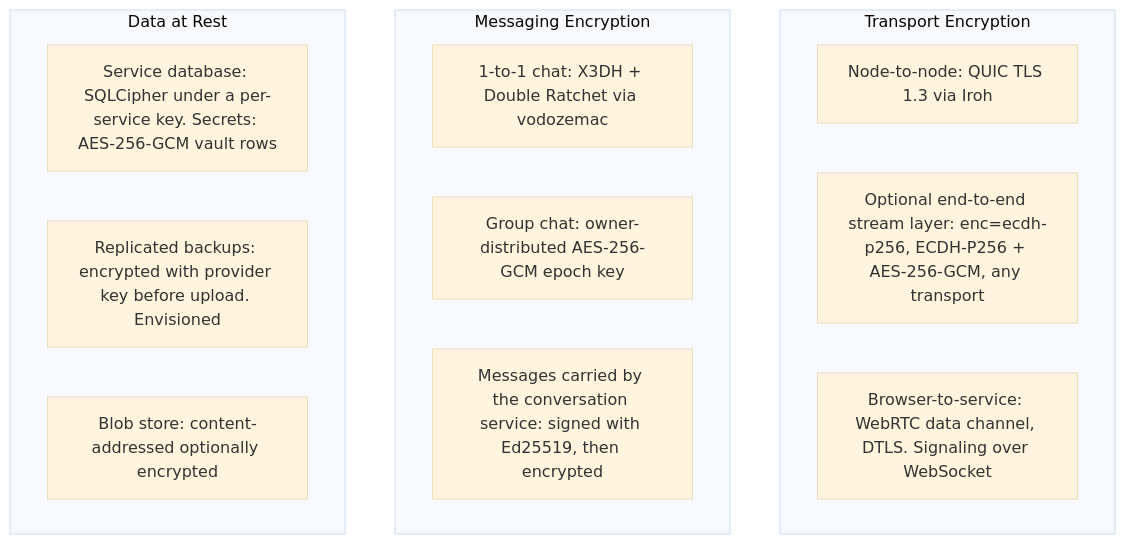
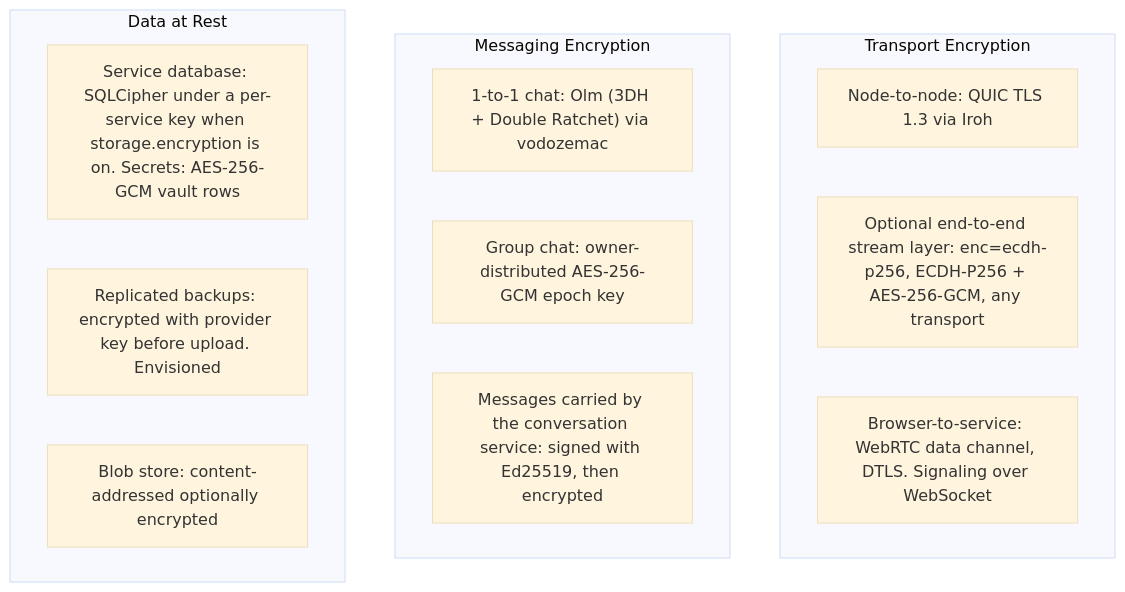
Before and after one commit to syneroym/syneroym: diagram 22 of 23 in docs/system-architecture.md, drawn with Mermaid (base theme). The commit also changed other lines of this file and 3 other files, not shown here.

First line of the commit message:
docs(architecture): fix stage 2 findings S5

````diff
--- a/docs/system-architecture.md
+++ b/docs/system-architecture.md
@@ -1541,20 +1542,20 @@
 ```mermaid
 flowchart TD
     subgraph TRANSPORT["Transport Encryption"]
         T1[Node-to-node: QUIC TLS 1.3 via Iroh]
         T2[Optional end-to-end stream layer: enc=ecdh-p256, ECDH-P256 + AES-256-GCM, any transport]
         T3[Browser-to-service: WebRTC data channel, DTLS. Signaling over WebSocket]
     end
 
     subgraph MESSAGING_ENC["Messaging Encryption"]
-        M1[1-to-1 chat: X3DH + Double Ratchet via vodozemac]
+        M1["1-to-1 chat: Olm (3DH + Double Ratchet) via vodozemac"]
         M2[Group chat: owner-distributed AES-256-GCM epoch key]
         M3[Messages carried by the conversation service: signed with Ed25519, then encrypted]
     end
 
     subgraph AT_REST["Data at Rest"]
-        R1[Service database: SQLCipher under a per-service key. Secrets: AES-256-GCM vault rows]
+        R1[Service database: SQLCipher under a per-service key when storage.encryption is on. Secrets: AES-256-GCM vault rows]
         R2[Replicated backups: encrypted with provider key before upload. Envisioned]
         R3[Blob store: content-addressed optionally encrypted]
     end
 ```
````
